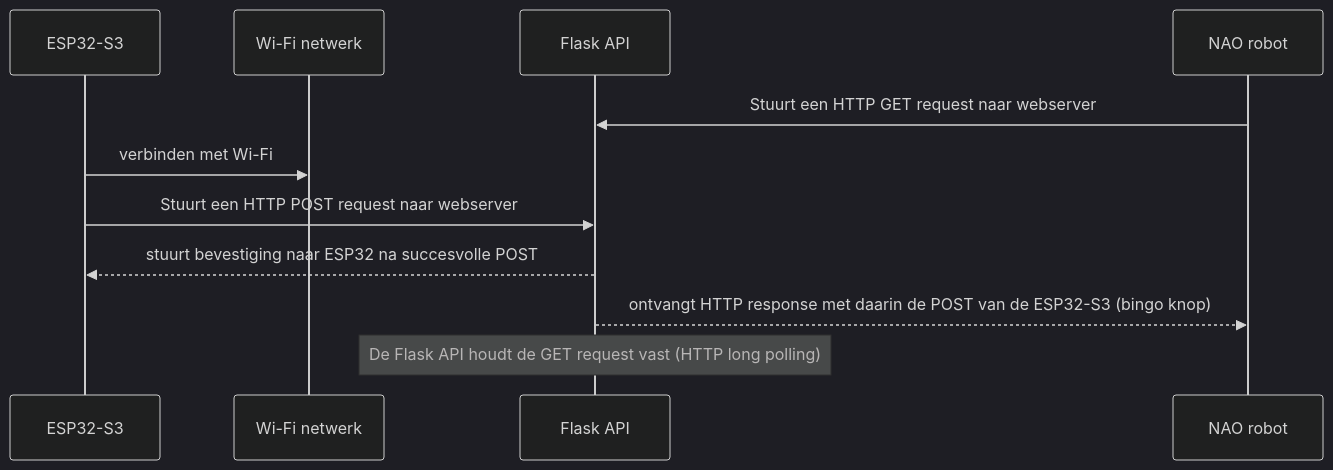
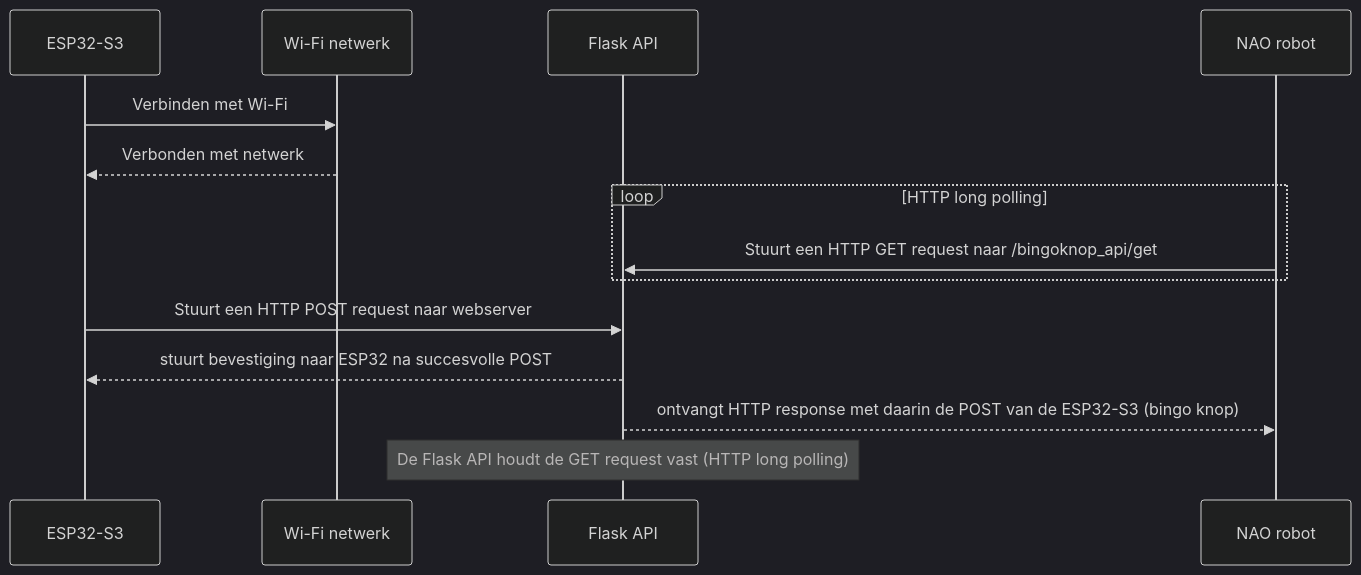
One commit to almukhabarat/bingo_game_elderly changed the second of 2 diagrams in docs/documentatie/communicatie_nao_esp32.md. Above: the diagram before and after it, drawn with Mermaid (dark theme). The commit also changed other lines of this file and 1 other file, not shown here.

````diff
--- a/docs/documentatie/communicatie_nao_esp32.md
+++ b/docs/documentatie/communicatie_nao_esp32.md
@@ -38,14 +42,19 @@
 ```mermaid
 sequenceDiagram
     participant ESP32-S3
     participant Wi-Fi netwerk
     participant Flask API
     participant NAO robot
 
-    NAO robot->>Flask API: Stuurt een HTTP GET request naar webserver
-    ESP32-S3->>Wi-Fi netwerk: verbinden met Wi-Fi
+    ESP32-S3->>Wi-Fi netwerk: Verbinden met Wi-Fi
+    Wi-Fi netwerk-->>ESP32-S3: Verbonden met netwerk
+
+    loop HTTP long polling
+    NAO robot->>Flask API: Stuurt een HTTP GET request naar /bingoknop_api/get
+    end
+
     ESP32-S3->>Flask API: Stuurt een HTTP POST request naar webserver
     Flask API-->>ESP32-S3: stuurt bevestiging naar ESP32 na succesvolle POST
     Flask API-->>NAO robot: ontvangt HTTP response met daarin de POST van de ESP32-S3 (bingo knop) 
     note over Flask API: De Flask API houdt de GET request vast (HTTP long polling)
 ```
````
